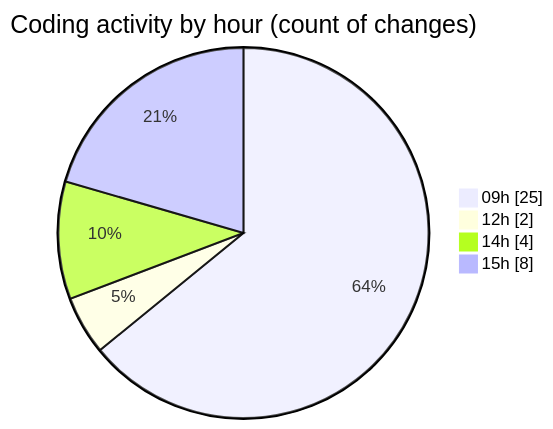
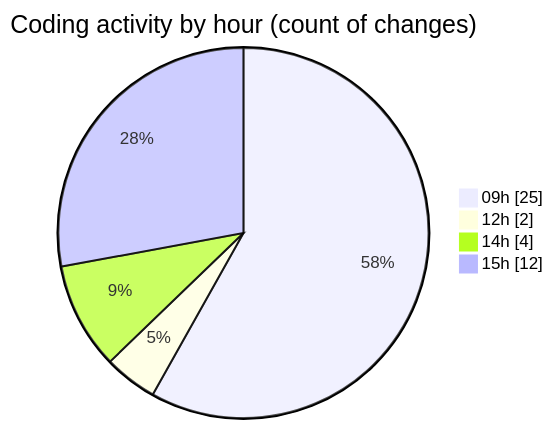
One commit to julien-gomy/code-tracking changed the second of 2 diagrams in 2025-11-12/eventscop-frontend-guide__workspace_/README.md. Above: the diagram before and after it, drawn with Mermaid. The commit also changed other lines of this file and 1 other file, not shown here.

````diff
--- a/2025-11-12/eventscop-frontend-guide__workspace_/README.md
+++ b/2025-11-12/eventscop-frontend-guide__workspace_/README.md
@@ -35,8 +37,8 @@
 ```mermaid
 pie showData
 title Coding activity by hour (count of changes)
 "09h" : 25
 "12h" : 2
 "14h" : 4
-"15h" : 8
+"15h" : 12
 ```
````
